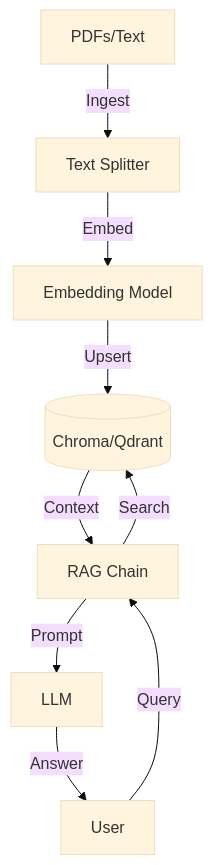
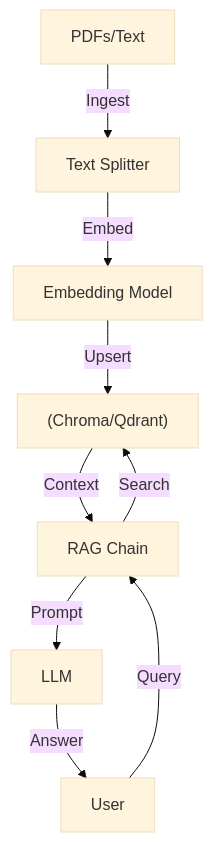
One commit to sricheru/agentic-ai-portfolio changed the fourth of 20 diagrams in genai_enterprise_usecases/ARCHITECTURE_GUIDE.md. Above: the diagram before and after it, drawn with Mermaid (base theme). The commit also changed other lines of this file, not shown here.

Commit message:
fix(docs): resolve GitHub Mermaid syntax errors in architecture guide

````diff
--- a/genai_enterprise_usecases/ARCHITECTURE_GUIDE.md
+++ b/genai_enterprise_usecases/ARCHITECTURE_GUIDE.md
@@ -83,12 +83,12 @@
 ```mermaid
 graph TD
-    Docs[PDFs/Text] -->|Ingest| Splitter[Text Splitter]
+    Docs["PDFs/Text"] -->|Ingest| Splitter[Text Splitter]
     Splitter -->|Embed| Model[Embedding Model]
-    Model -->|Upsert| VectorDB[(Chroma/Qdrant)]
+    Model -->|Upsert| VectorDB["(Chroma/Qdrant)"]
     
     User -->|Query| Chain[RAG Chain]
     Chain -->|Search| VectorDB
     VectorDB -->|Context| Chain
     Chain -->|Prompt| LLM
     LLM -->|Answer| User
 ```
````
